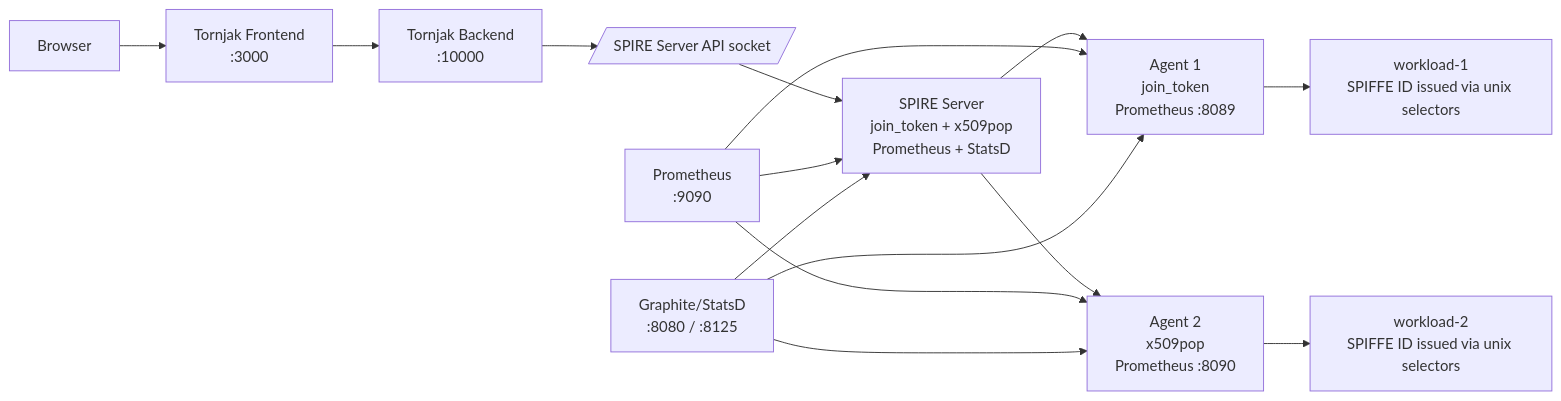
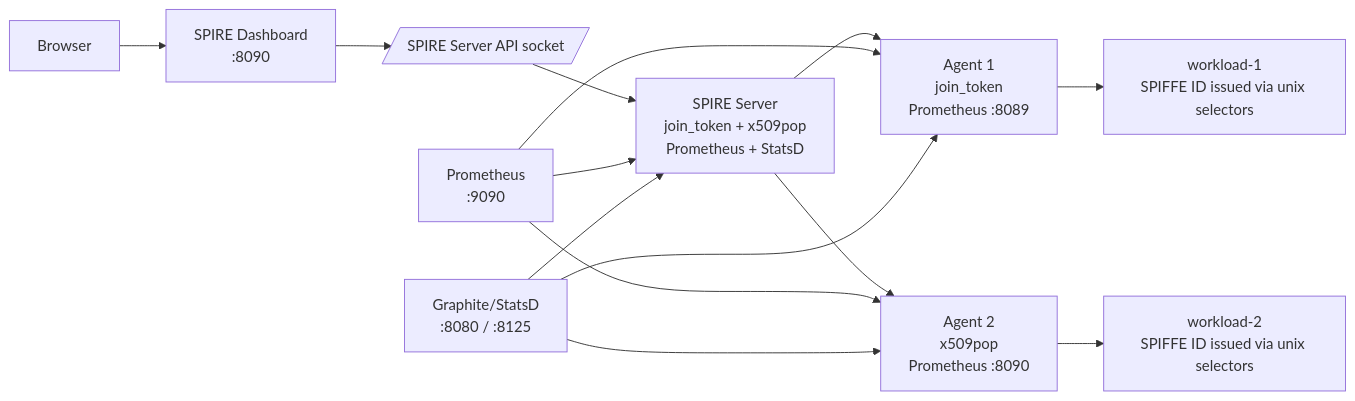
One commit to miroslav-matejovsky/spiffe-spire-demo changed the diagram in scenarios/07-production/README.md. Above: the diagram before and after it, drawn with Mermaid. The commit also changed other lines of this file and 43 other files, not shown here.

Commit message:
replacing tornjak with custom dashboard

````diff
--- a/scenarios/07-production/README.md
+++ b/scenarios/07-production/README.md
@@ -19,20 +19,19 @@
 ```mermaid
 flowchart LR
-    Browser[Browser] --> Frontend[Tornjak Frontend\n:3000]
-    Frontend --> Backend[Tornjak Backend\n:10000]
-    Backend --> ServerSocket[/SPIRE Server API socket/]
+    Browser[Browser] --> Dashboard[SPIRE Dashboard\n:8090]
+    Dashboard --> ServerSocket[/SPIRE Server API socket/]
     ServerSocket --> Server[SPIRE Server\njoin_token + x509pop\nPrometheus + StatsD]
 
     Server --> Agent1[Agent 1\njoin_token\nPrometheus :8089]
     Server --> Agent2[Agent 2\nx509pop\nPrometheus :8090]
 
     Agent1 --> Workload1[workload-1\nSPIFFE ID issued via unix selectors]
     Agent2 --> Workload2[workload-2\nSPIFFE ID issued via unix selectors]
 
     Prom[Prometheus\n:9090] --> Server
     Prom --> Agent1
     Prom --> Agent2
     Statsd[Graphite/StatsD\n:8080 / :8125] --> Server
     Statsd --> Agent1
     Statsd --> Agent2
 ```
````
